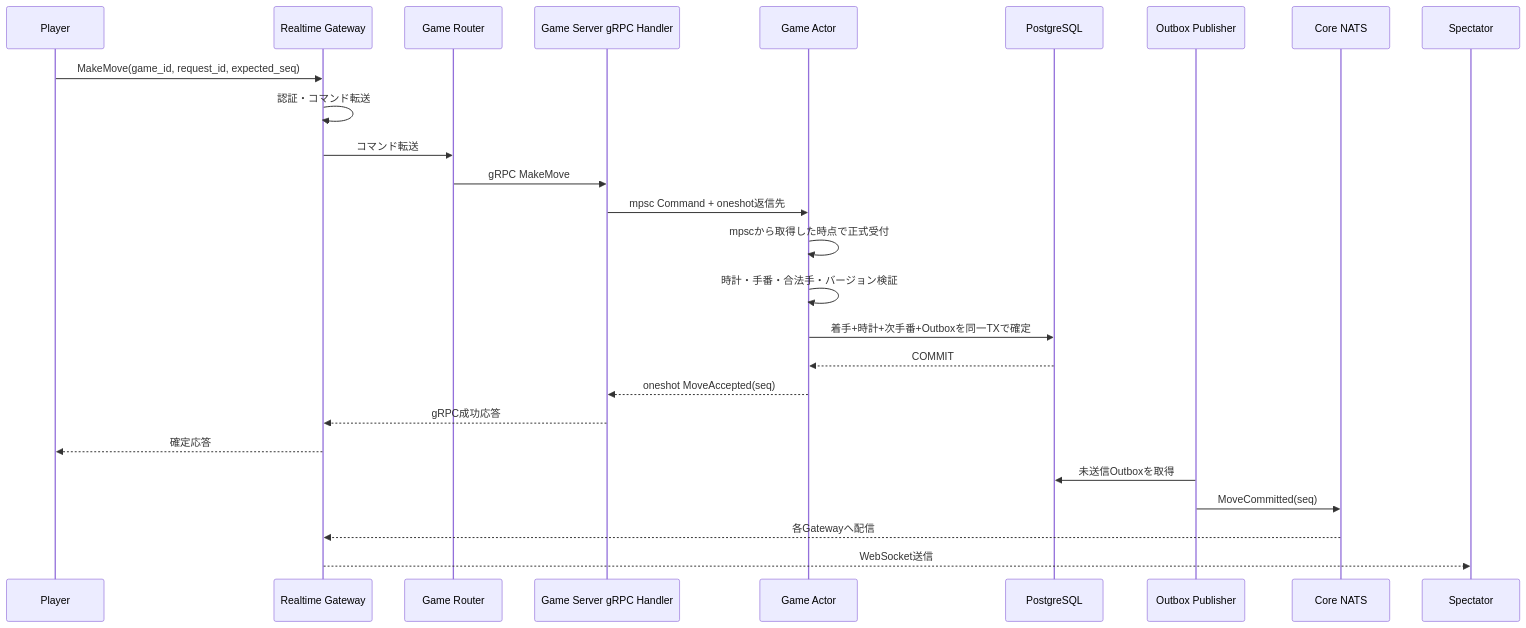
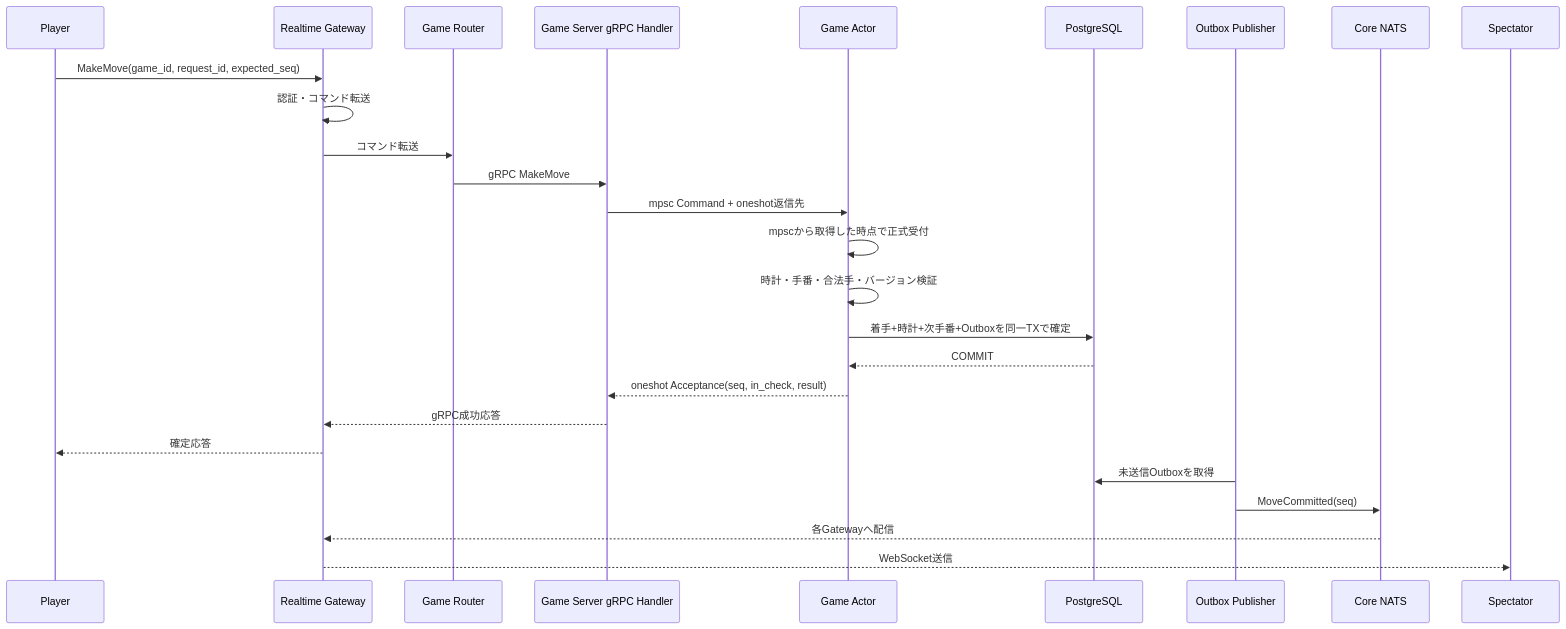
One commit to take44444/shogi-backend changed the third of 6 diagrams in architecture.md. Above: the diagram before and after it, drawn with Mermaid. The commit also changed other lines of this file, not shown here.

````diff
--- a/architecture.md
+++ b/architecture.md
@@ -215,28 +221,28 @@
 ```mermaid
 sequenceDiagram
   participant P as Player
   participant GW as Realtime Gateway
   participant R as Game Router
   participant GS as Game Server gRPC Handler
   participant A as Game Actor
   participant DB as PostgreSQL
   participant PUB as Outbox Publisher
   participant N as Core NATS
   participant V as Spectator
   P->>GW: MakeMove(game_id, request_id, expected_seq)
   GW->>GW: 認証・コマンド転送
   GW->>R: コマンド転送
   R->>GS: gRPC MakeMove
   GS->>A: mpsc Command + oneshot返信先
   A->>A: mpscから取得した時点で正式受付
   A->>A: 時計・手番・合法手・バージョン検証
   A->>DB: 着手+時計+次手番+Outboxを同一TXで確定
   DB-->>A: COMMIT
-  A-->>GS: oneshot MoveAccepted(seq)
+  A-->>GS: oneshot Acceptance(seq, in_check, result)
   GS-->>GW: gRPC成功応答
   GW-->>P: 確定応答
   PUB->>DB: 未送信Outboxを取得
   PUB->>N: MoveCommitted(seq)
   N-->>GW: 各Gatewayへ配信
   GW-->>V: WebSocket送信
 ```
````
